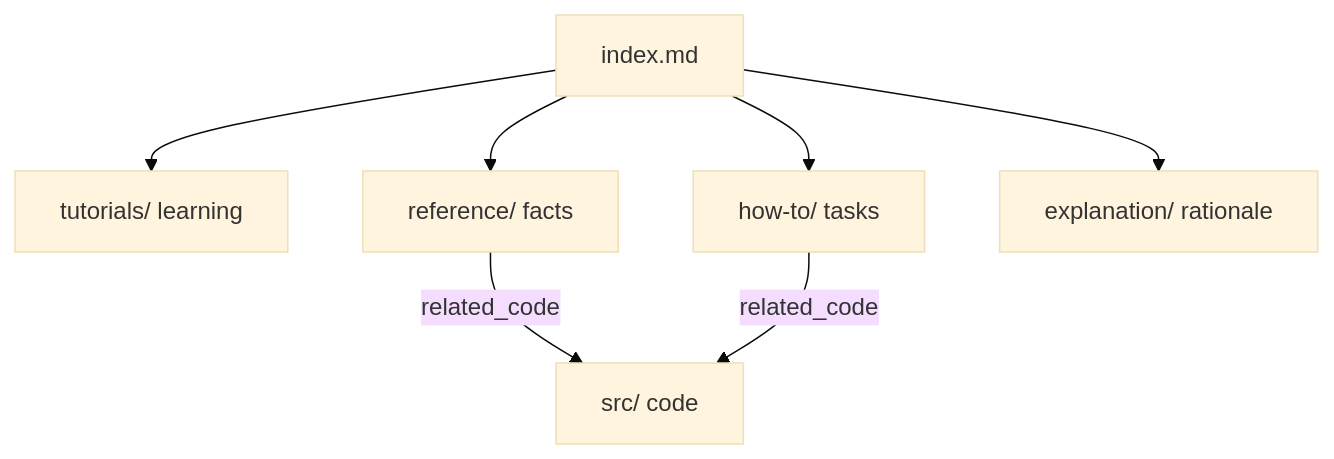
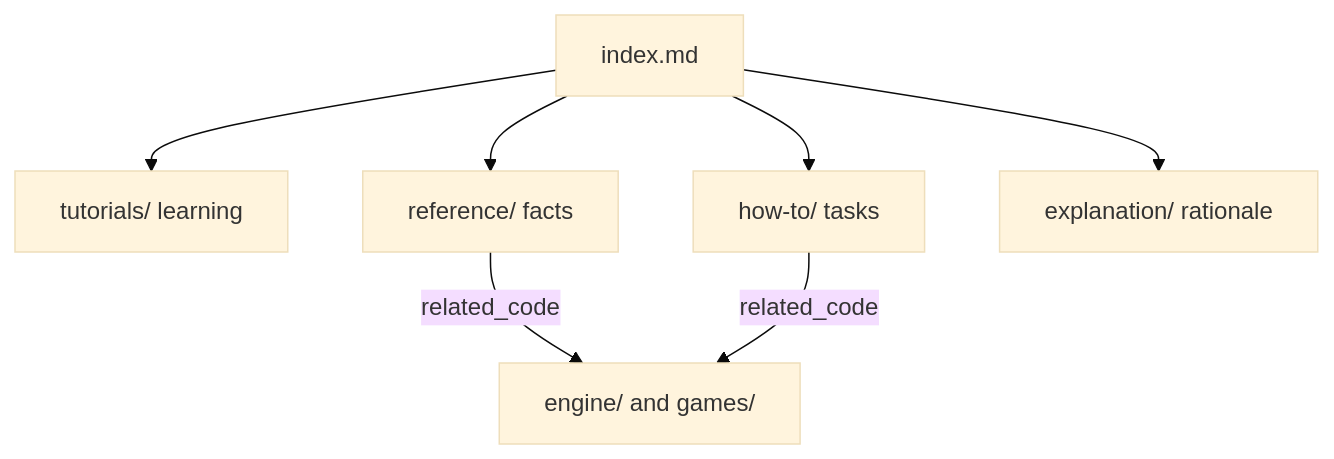
One commit to kblaszki/business-game changed the diagram in docs/index.md. Above: the diagram before and after it, drawn with Mermaid (base theme). The commit also changed other lines of this file and 89 other files, not shown here.

````diff
--- a/docs/index.md
+++ b/docs/index.md
@@ -39,9 +38,9 @@
 ```mermaid
 flowchart TD
   Index[index.md] --> Tut[tutorials/ learning]
   Index --> How[how-to/ tasks]
   Index --> Ref[reference/ facts]
   Index --> Exp[explanation/ rationale]
-  Ref -->|related_code| Code[src/ code]
+  Ref -->|related_code| Code[engine/ and games/]
   How -->|related_code| Code
 ```
````
